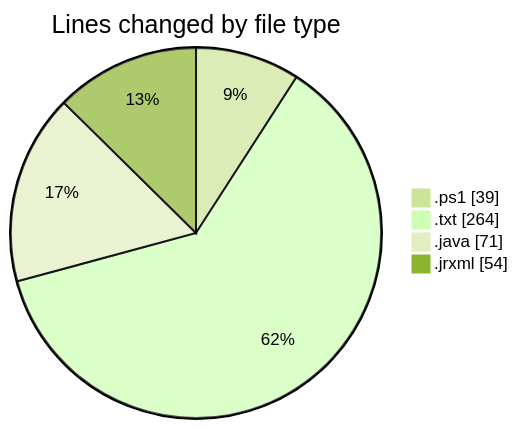
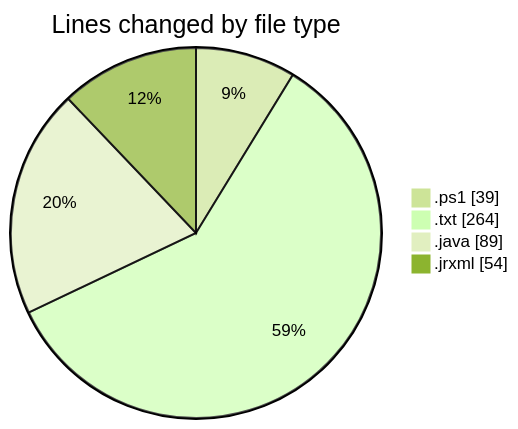
Before and after one commit to ricardozamudiocil/code-tracking: the first of 2 diagrams in 2026-03-03/cilreports__workspace_/README.md, drawn with Mermaid (forest theme). The commit also changed other lines of this file and 1 other file, not shown here.

````diff
--- a/2026-03-03/cilreports__workspace_/README.md
+++ b/2026-03-03/cilreports__workspace_/README.md
@@ -25,8 +25,8 @@
 ```mermaid
 pie showData
 title Lines changed by file type
 ".ps1" : 39
 ".txt" : 264
-".java" : 71
+".java" : 89
 ".jrxml" : 54
 ```
````
